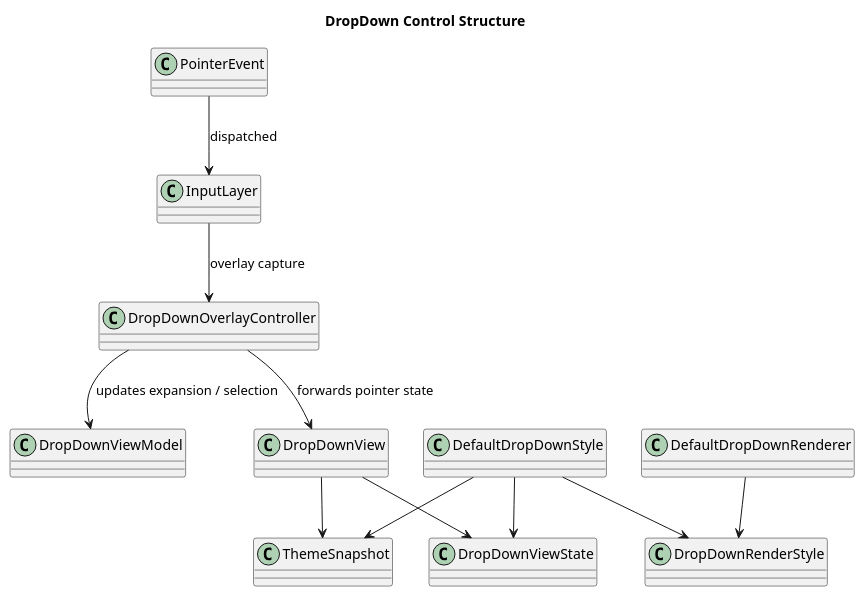
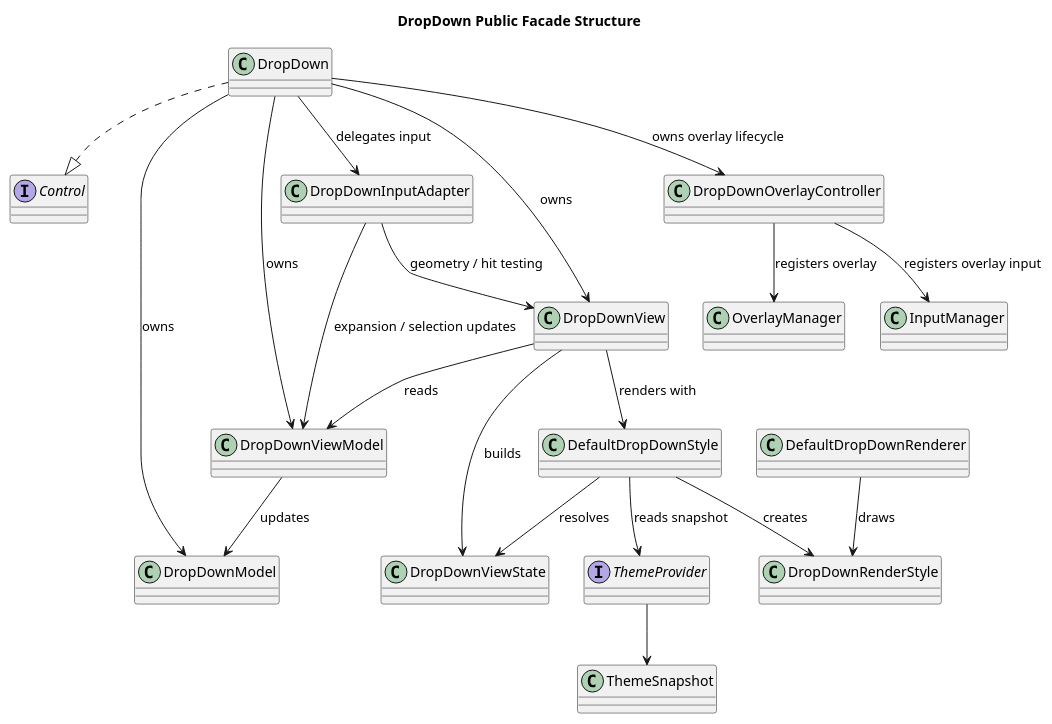
Before and after one commit to cdpoloz/cpz-mvvm-processing-controls: the diagram in docs/uml/control_dropdown.puml, drawn with PlantUML. The commit also changed 251 other files, not shown here.

```diff
--- a/docs/uml/control_dropdown.puml
+++ b/docs/uml/control_dropdown.puml
@@ -1,27 +1,41 @@
 @startuml
-title DropDown Control Structure
+title DropDown Public Facade Structure
 skinparam packageStyle rectangle
 skinparam shadowing false
 
-class PointerEvent
-class InputLayer
-class DropDownOverlayController
+interface Control
+class DropDown
+class DropDownModel
 class DropDownViewModel
 class DropDownView
+class DropDownInputAdapter
+class DropDownOverlayController
 class DropDownViewState
 class DefaultDropDownStyle
 class DropDownRenderStyle
 class DefaultDropDownRenderer
+class OverlayManager
+class InputManager
+interface ThemeProvider
 class ThemeSnapshot
 
-PointerEvent --> InputLayer : dispatched
-InputLayer --> DropDownOverlayController : overlay capture
-DropDownOverlayController --> DropDownView : forwards pointer state
-DropDownOverlayController --> DropDownViewModel : updates expansion / selection
-DropDownView --> DropDownViewState
-DropDownView --> ThemeSnapshot
-DefaultDropDownStyle --> DropDownViewState
-DefaultDropDownStyle --> ThemeSnapshot
-DefaultDropDownStyle --> DropDownRenderStyle
-DefaultDropDownRenderer --> DropDownRenderStyle
+DropDown ..|> Control
+DropDown --> DropDownModel : owns
+DropDown --> DropDownViewModel : owns
+DropDown --> DropDownView : owns
+DropDown --> DropDownInputAdapter : delegates input
+DropDown --> DropDownOverlayController : owns overlay lifecycle
+DropDownOverlayController --> OverlayManager : registers overlay
+DropDownOverlayController --> InputManager : registers overlay input
+DropDownInputAdapter --> DropDownView : geometry / hit testing
+DropDownInputAdapter --> DropDownViewModel : expansion / selection updates
+DropDownViewModel --> DropDownModel : updates
+DropDownView --> DropDownViewModel : reads
+DropDownView --> DropDownViewState : builds
+DropDownView --> DefaultDropDownStyle : renders with
+DefaultDropDownStyle --> ThemeProvider : reads snapshot
+ThemeProvider --> ThemeSnapshot
+DefaultDropDownStyle --> DropDownViewState : resolves
+DefaultDropDownStyle --> DropDownRenderStyle : creates
+DefaultDropDownRenderer --> DropDownRenderStyle : draws
 @enduml
```
